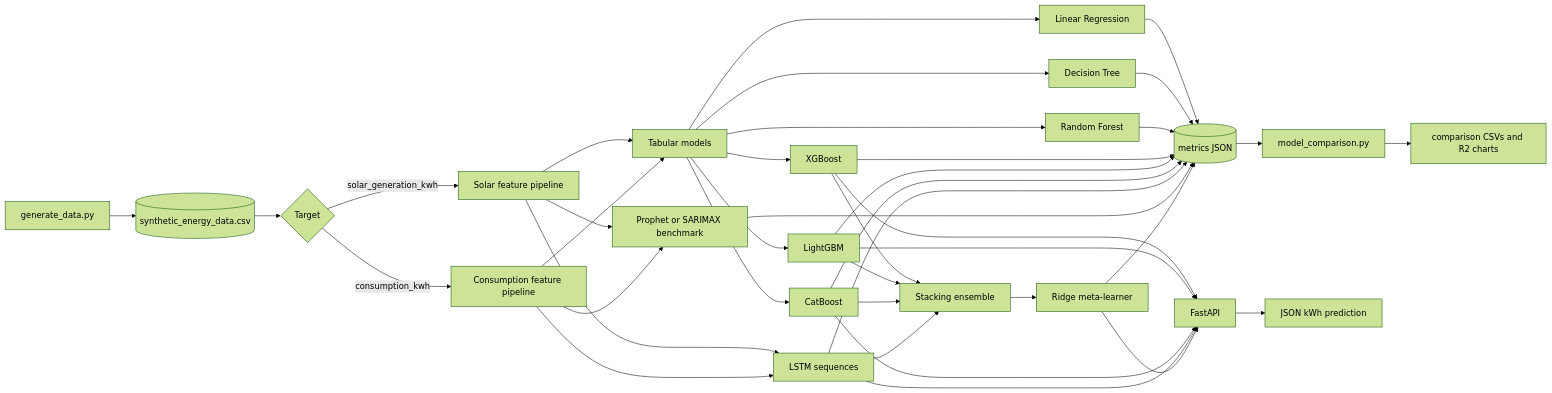
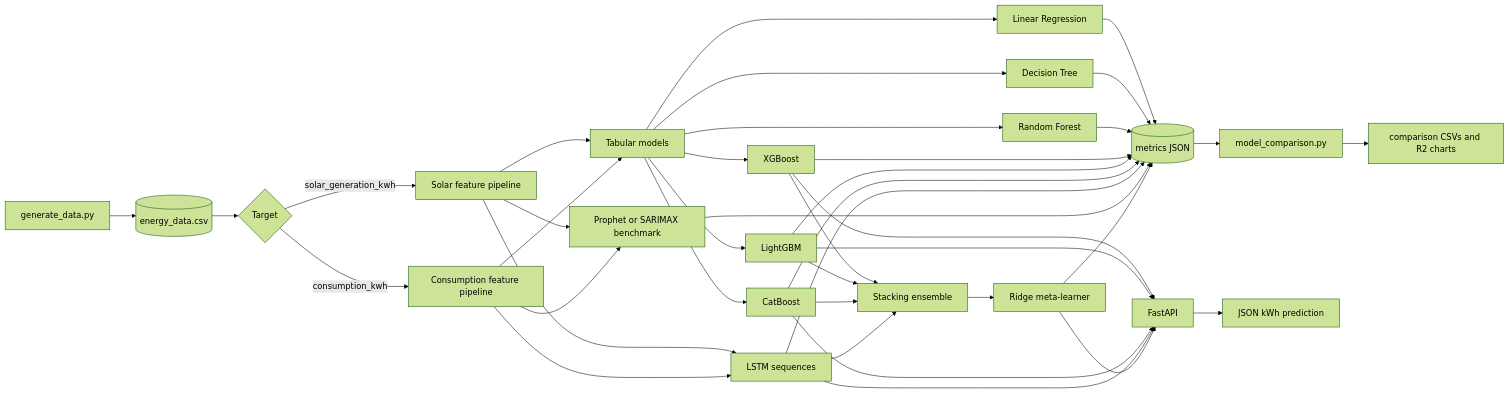
Before and after one commit to Lakshaysehgal01/minorProject: the first of 4 diagrams in model_data_flow.md, drawn with Mermaid (forest theme). The commit also changed other lines of this file and 2 other files, not shown here.

````diff
--- a/model_data_flow.md
+++ b/model_data_flow.md
@@ -40,41 +40,41 @@
 ```mermaid
 flowchart LR
-    A[generate_data.py] --> B[(synthetic_energy_data.csv)]
+    A[generate_data.py] --> B[(energy_data.csv)]
     B --> C{Target}
     C -->|solar_generation_kwh| S[Solar feature pipeline]
     C -->|consumption_kwh| D[Consumption feature pipeline]
     S --> E[Tabular models]
     D --> E
     E --> E1[Linear Regression]
     E --> E2[Decision Tree]
     E --> E3[Random Forest]
     E --> E4[XGBoost]
     E --> E5[LightGBM]
     E --> E6[CatBoost]
     S --> L[LSTM sequences]
     D --> L
     S --> P[Prophet or SARIMAX benchmark]
     D --> P
     E1 --> M[(metrics JSON)]
     E2 --> M
     E3 --> M
     E4 --> M
     E5 --> M
     E6 --> M
     L --> M
     P --> M
     E4 --> X[Stacking ensemble]
     E5 --> X
     E6 --> X
     L --> X
     X --> R[Ridge meta-learner]
     R --> M
     M --> Q[model_comparison.py]
     Q --> O[comparison CSVs and R2 charts]
     E4 --> API[FastAPI]
     E5 --> API
     E6 --> API
     L --> API
     R --> API
     API --> Z[JSON kWh prediction]
 ```
````
